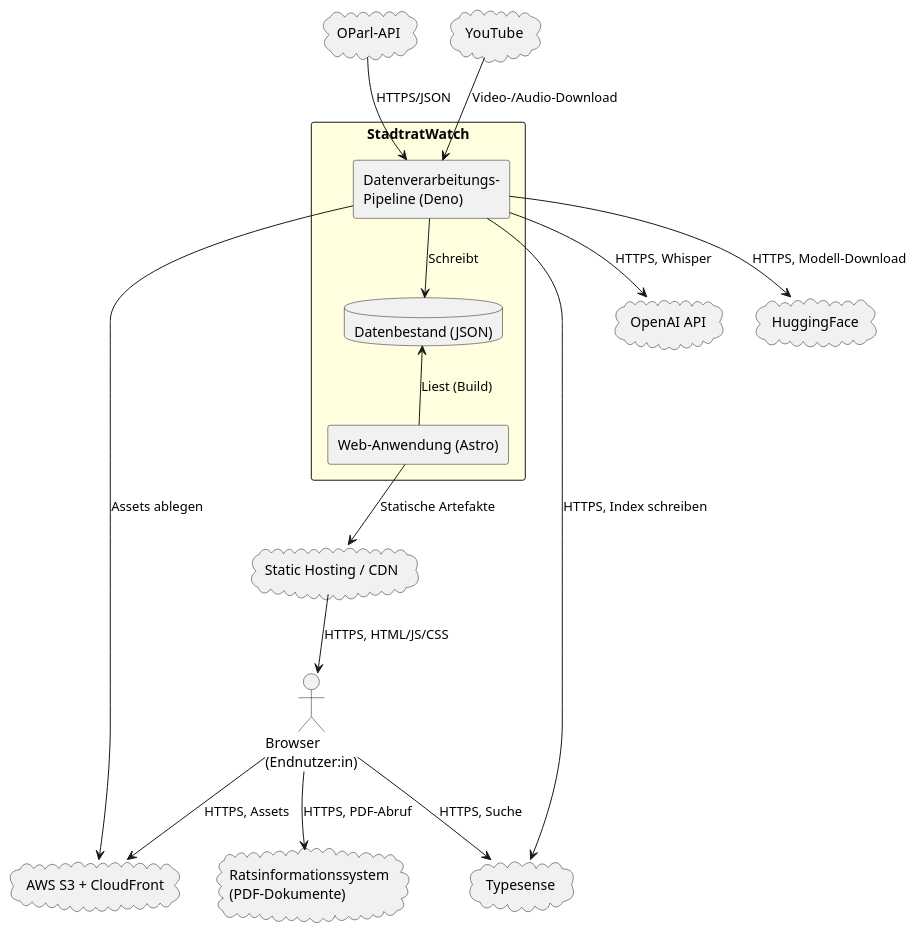
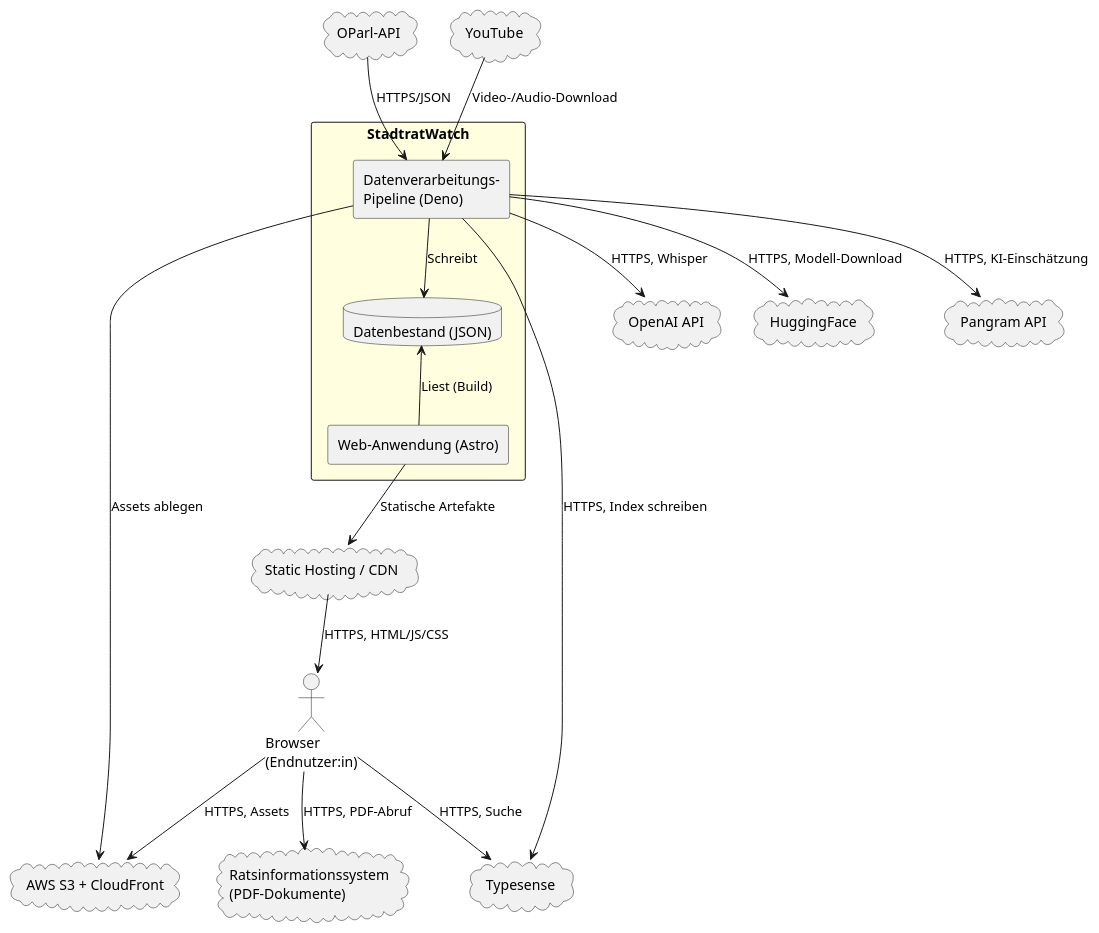
The diagram in docs/arc42/03-kontextabgrenzung/02-technischer-kontext.adoc (ungeschneuer/StadtratWatch-Leipzig), drawn with PlantUML before and after one commit. The commit also changed other lines of this file and 13 other files, not shown here.

```diff
--- a/docs/arc42/03-kontextabgrenzung/02-technischer-kontext.adoc
+++ b/docs/arc42/03-kontextabgrenzung/02-technischer-kontext.adoc
@@ -18,39 +18,41 @@
 [plantuml,technischer-kontext,svg]
 ....
 @startuml
 skinparam componentStyle rectangle
 skinparam shadowing false
 
 cloud "OParl-API" as OParl
 cloud "Ratsinformationssystem\n(PDF-Dokumente)" as Ratsinfo
 cloud "YouTube" as YT
 cloud "OpenAI API" as OpenAI
 cloud "HuggingFace" as HF
+cloud "Pangram API" as Pangram
 cloud "Typesense" as TS
 cloud "AWS S3 + CloudFront" as AWS
 cloud "Static Hosting / CDN" as Host
 actor "Browser\n(Endnutzer:in)" as Browser
 
 rectangle "StadtratWatch" #lightyellow {
   component "Datenverarbeitungs-\nPipeline (Deno)" as Pipe
   database "Datenbestand (JSON)" as Data
   component "Web-Anwendung (Astro)" as Web
 }
 
 OParl --> Pipe : HTTPS/JSON
 YT --> Pipe : Video-/Audio-Download
 Pipe --> OpenAI : HTTPS, Whisper
 Pipe --> HF : HTTPS, Modell-Download
+Pipe --> Pangram : HTTPS, KI-Einschätzung
 Pipe --> TS : HTTPS, Index schreiben
 Pipe --> AWS : Assets ablegen
 
 Pipe --> Data : Schreibt
 Data <-- Web : Liest (Build)
 
 Web --> Host : Statische Artefakte
 Host --> Browser : HTTPS, HTML/JS/CSS
 Browser --> TS : HTTPS, Suche
 Browser --> AWS : HTTPS, Assets
 Browser --> Ratsinfo : HTTPS, PDF-Abruf
 @enduml
 ....
```
